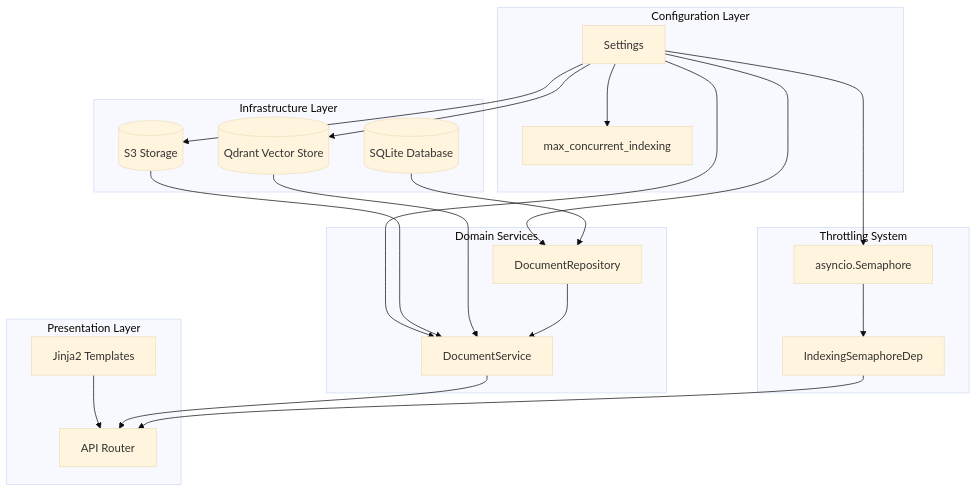
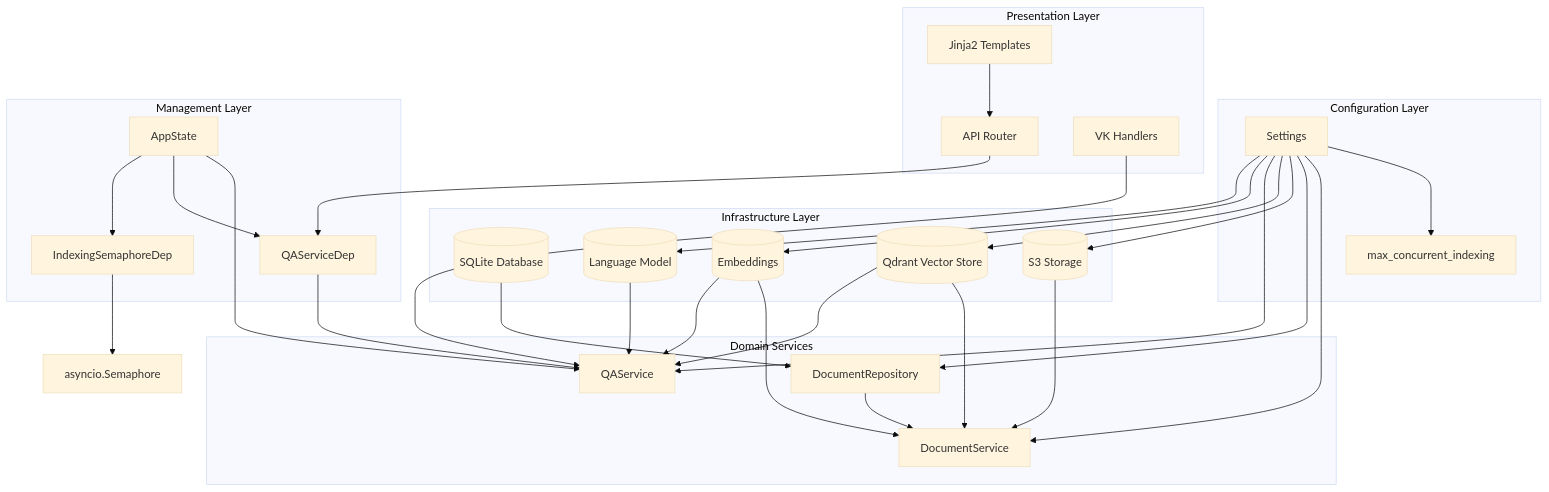
The seventh of 8 diagrams in .qoder/repowiki/en/content/API Reference/Dependency Injection System.md (ognelis/cafetera_hr_bot), drawn with Mermaid (base theme) before and after one commit. The commit also changed other lines of this file and 29 other files, not shown here.

````diff
--- a/.qoder/repowiki/en/content/API Reference/Dependency Injection System.md
+++ b/.qoder/repowiki/en/content/API Reference/Dependency Injection System.md
@@ -371,37 +406,52 @@
 ```mermaid
 graph TB
 subgraph "Configuration Layer"
 Settings[Settings]
 Settings --> MaxConcurrentIndexing[max_concurrent_indexing]
 end
 subgraph "Infrastructure Layer"
 DB[(SQLite Database)]
 S3[(S3 Storage)]
 Qdrant[(Qdrant Vector Store)]
+Embeddings[(Embeddings)]
+LLM[(Language Model)]
 end
 subgraph "Domain Services"
 Repo[DocumentRepository]
-Service[DocumentService]
+DocService[DocumentService]
+QAService[QAService]
 end
 subgraph "Presentation Layer"
 Router[API Router]
 Templates[Jinja2 Templates]
+VKHandlers[VK Handlers]
 end
-subgraph "Throttling System"
-Semaphore[asyncio.Semaphore]
+subgraph "Management Layer"
+AppState[AppState]
+QAServiceDep[QAServiceDep]
 IndexingSemaphoreDep[IndexingSemaphoreDep]
 end
-Settings --> Service
+Settings --> DocService
 Settings --> Repo
 Settings --> S3
 Settings --> Qdrant
-Settings --> Semaphore
+Settings --> QAService
+Settings --> Embeddings
+Settings --> LLM
 DB --> Repo
-S3 --> Service
-Qdrant --> Service
-Repo --> Service
+S3 --> DocService
+Qdrant --> DocService
+Qdrant --> QAService
+Embeddings --> DocService
+Embeddings --> QAService
+LLM --> QAService
+Repo --> DocService
 Templates --> Router
-Service --> Router
-Semaphore --> IndexingSemaphoreDep
-IndexingSemaphoreDep --> Router
+AppState --> QAService
+AppState --> QAServiceDep
+AppState --> IndexingSemaphoreDep
+QAServiceDep --> QAService
+IndexingSemaphoreDep --> asyncio.Semaphore
+Router --> QAServiceDep
+VKHandlers --> QAService
 ```
````
